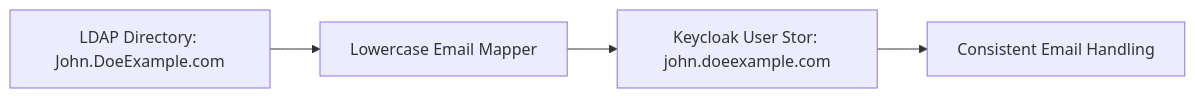
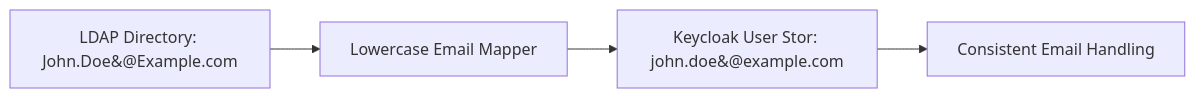
Before and after one commit to PavelSozonov/keycloak-ldap-lowercase-email-mapper: the diagram in README.md, drawn with Mermaid.

Commit message:
Fix mermaid diagram v4

````diff
--- a/README.md
+++ b/README.md
@@ -70,6 +70,6 @@
 ```mermaid
 graph LR
-    A[LDAP Directory: John.Doe<at>Example.com] --> B[Lowercase Email Mapper]
-    B --> C[Keycloak User Stor: john.doe<at>example.com]
+    A[LDAP Directory: John.Doe&#64;Example.com] --> B[Lowercase Email Mapper]
+    B --> C[Keycloak User Stor: john.doe&#64;example.com]
     C --> D[Consistent Email Handling]
 ```
````
